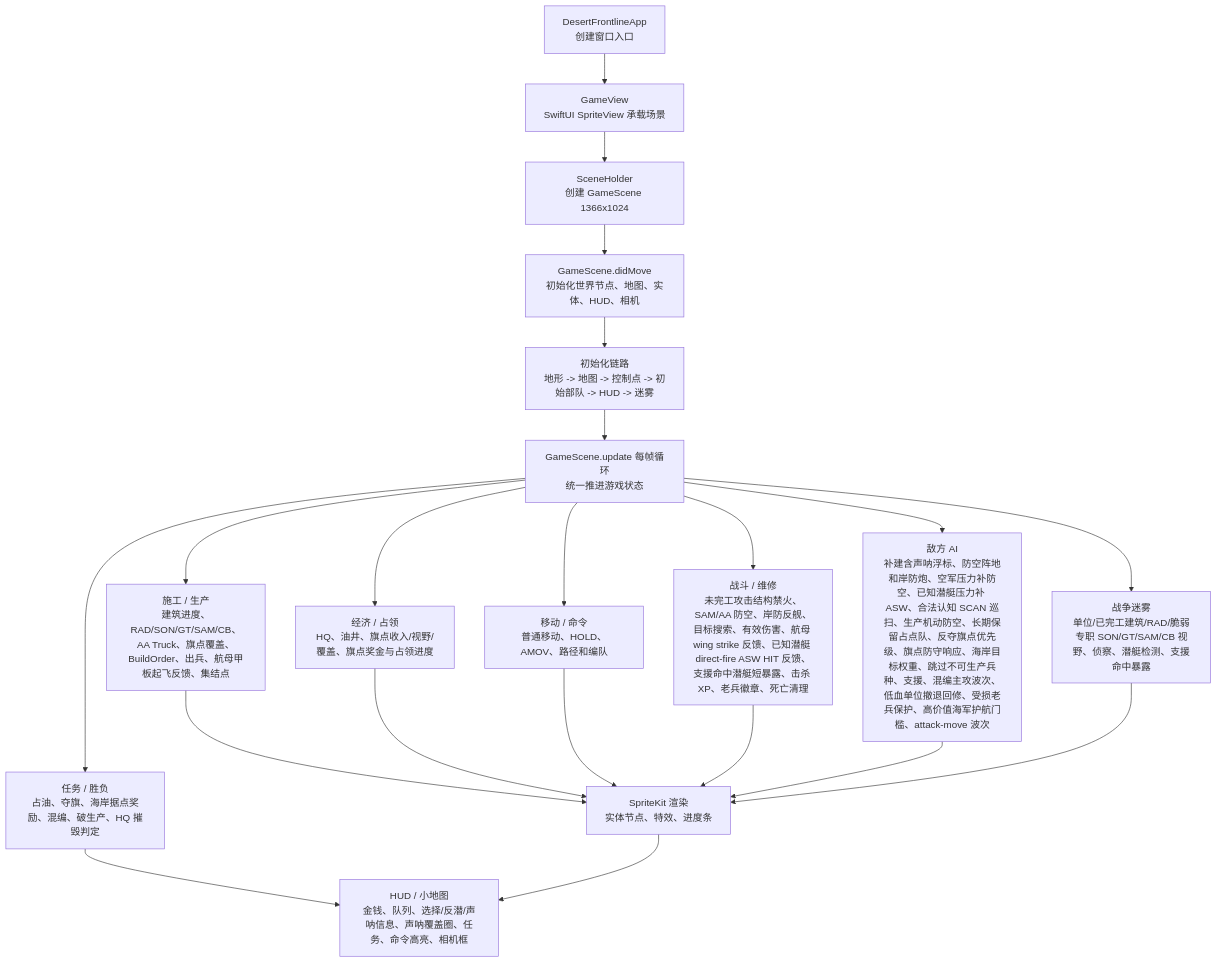
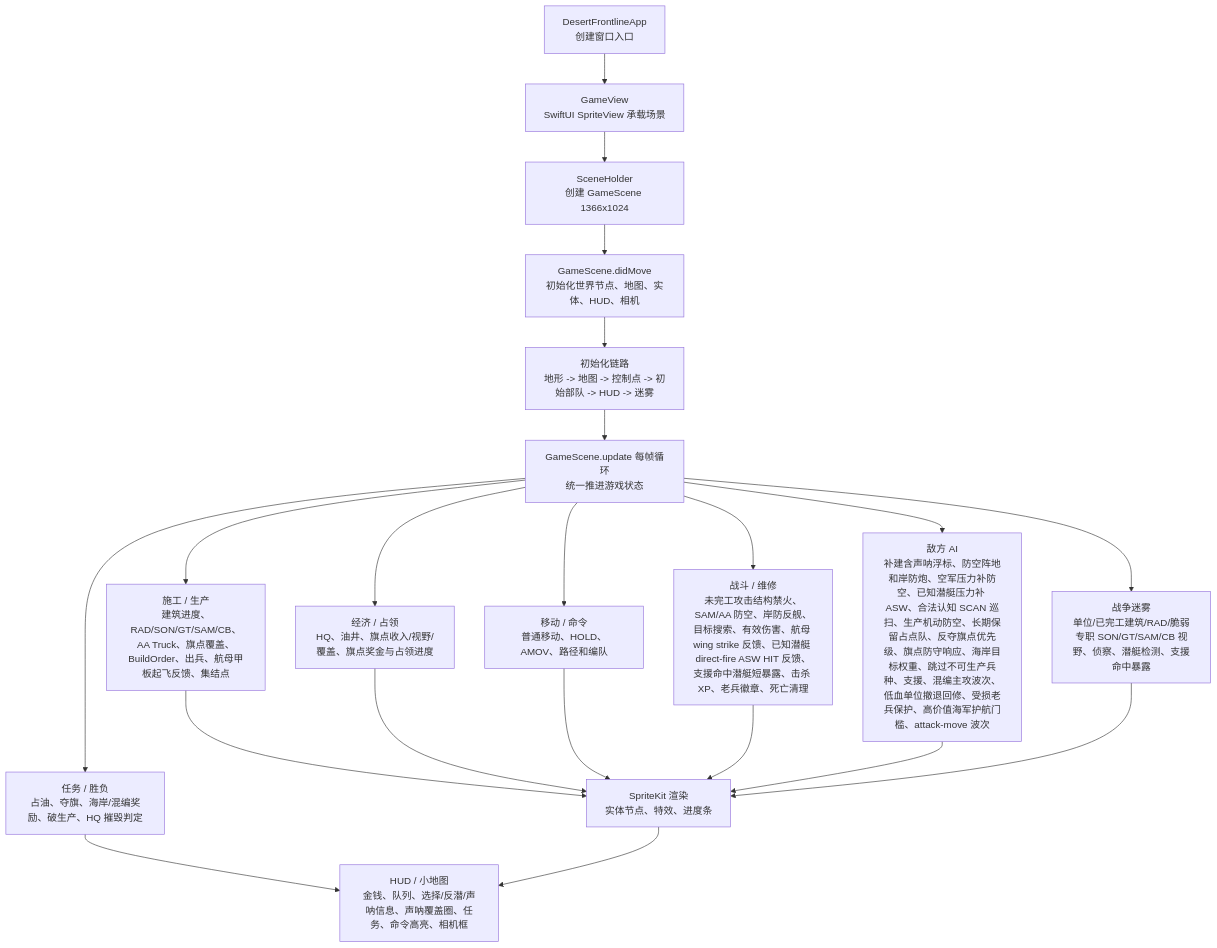
Before and after one commit to Altman-sam114/1145: the first of 3 diagrams in md/flow/flowchart.md, drawn with Mermaid. The commit also changed 4 other files, not shown here.

````diff
--- a/md/flow/flowchart.md
+++ b/md/flow/flowchart.md
@@ -9,23 +9,23 @@
 ```mermaid
 flowchart TD
   App["DesertFrontlineApp\n创建窗口入口"] --> View["GameView\nSwiftUI SpriteView 承载场景"]
   View --> Holder["SceneHolder\n创建 GameScene 1366x1024"]
   Holder --> Scene["GameScene.didMove\n初始化世界节点、地图、实体、HUD、相机"]
   Scene --> Init["初始化链路\n地形 -> 地图 -> 控制点 -> 初始部队 -> HUD -> 迷雾"]
   Init --> Loop["GameScene.update 每帧循环\n统一推进游戏状态"]
   Loop --> Build["施工 / 生产\n建筑进度、RAD/SON/GT/SAM/CB、AA Truck、旗点覆盖、BuildOrder、出兵、航母甲板起飞反馈、集结点"]
   Loop --> Economy["经济 / 占领\nHQ、油井、旗点收入/视野/覆盖、旗点奖金与占领进度"]
   Loop --> Commands["移动 / 命令\n普通移动、HOLD、AMOV、路径和编队"]
   Loop --> Combat["战斗 / 维修\n未完工攻击结构禁火、SAM/AA 防空、岸防反舰、目标搜索、有效伤害、航母 wing strike 反馈、已知潜艇 direct-fire ASW HIT 反馈、支援命中潜艇短暴露、击杀 XP、老兵徽章、死亡清理"]
   Loop --> AI["敌方 AI\n补建含声呐浮标、防空阵地和岸防炮、空军压力补防空、已知潜艇压力补 ASW、合法认知 SCAN 巡扫、生产机动防空、长期保留占点队、反夺旗点优先级、旗点防守响应、海岸目标权重、跳过不可生产兵种、支援、混编主攻波次、低血单位撤退回修、受损老兵保护、高价值海军护航门槛、attack-move 波次"]
   Loop --> Fog["战争迷雾\n单位/已完工建筑/RAD/脆弱专职 SON/GT/SAM/CB 视野、侦察、潜艇检测、支援命中暴露"]
-  Loop --> Mission["任务 / 胜负\n占油、夺旗、海岸据点奖励、混编、破生产、HQ 摧毁判定"]
+  Loop --> Mission["任务 / 胜负\n占油、夺旗、海岸/混编奖励、破生产、HQ 摧毁判定"]
   Build --> Render["SpriteKit 渲染\n实体节点、特效、进度条"]
   Economy --> Render
   Commands --> Render
   Combat --> Render
   AI --> Render
   Fog --> Render
   Mission --> HUD["HUD / 小地图\n金钱、队列、选择/反潜/声呐信息、声呐覆盖圈、任务、命令高亮、相机框"]
   Render --> HUD
 ```
````
